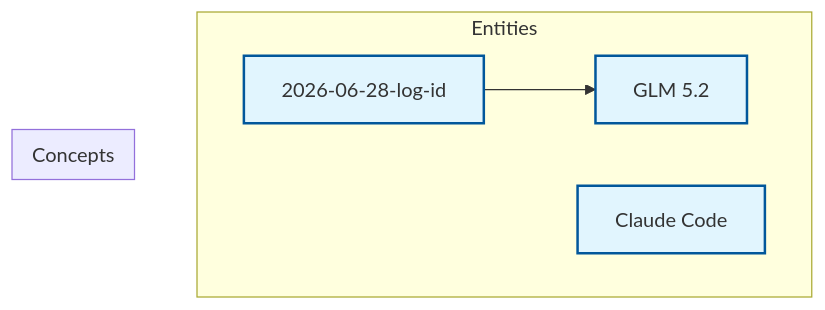
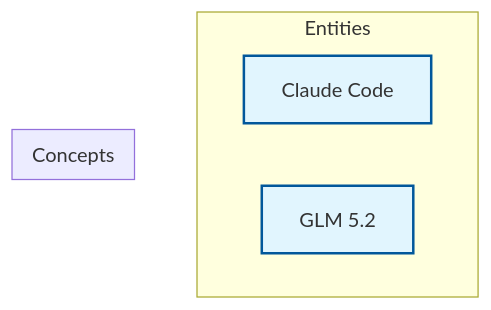
The diagram in wiki/knowledge-graph.md (dannytsao/PersonalKM), drawn with Mermaid before and after one commit. The commit also changed other lines of this file and 3 other files, not shown here.

````diff
--- a/wiki/knowledge-graph.md
+++ b/wiki/knowledge-graph.md
@@ -7,23 +7,19 @@
 ```mermaid
 %%{init: {'flowchart': {'useMaxWidth': false, 'htmlLabels': true, 'curve': 'basis', 'padding': 15}}}%%
 flowchart TD
     classDef entity fill:#e1f5fe,stroke:#01579b,stroke-width:2px,cursor:pointer;
     classDef concept fill:#fff3e0,stroke:#e65100,stroke-width:1px,cursor:pointer;
 
     subgraph Entities
-        p_2026_06_28_log_id["2026-06-28-log-id"]
-        click p_2026_06_28_log_id "entities/2026-06-28-log-id.md" "Open 2026-06-28-log-id"
-        class p_2026_06_28_log_id entity
         claude_code["Claude Code"]
         click claude_code "entities/claude-code.md" "Open Claude Code"
         class claude_code entity
         glm_5_2["GLM 5.2"]
         click glm_5_2 "entities/glm-5-2.md" "Open GLM 5.2"
         class glm_5_2 entity
     end
 
     subgraph Concepts
     end
 
-    p_2026_06_28_log_id --> glm_5_2
 ```
````
